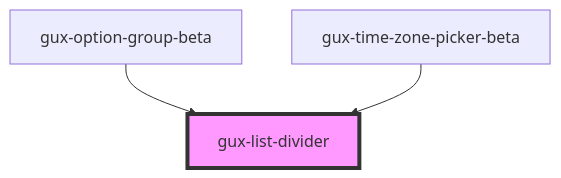
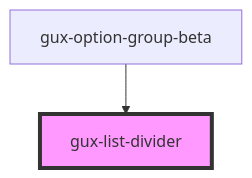
The diagram in packages/genesys-spark-components/src/components/stable/gux-list/gux-list-divider/readme.md (MyPureCloud/genesys-spark), drawn with Mermaid before and after one commit. The commit also changed other lines of this file and 7 other files, not shown here.

First line of the commit message:
feat(time-zone-picker): allow custom defaults

````diff
--- a/packages/genesys-spark-components/src/components/stable/gux-list/gux-list-divider/readme.md
+++ b/packages/genesys-spark-components/src/components/stable/gux-list/gux-list-divider/readme.md
@@ -16,6 +15,5 @@
 ```mermaid
 graph TD;
   gux-option-group-beta --> gux-list-divider
-  gux-time-zone-picker-beta --> gux-list-divider
   style gux-list-divider fill:#f9f,stroke:#333,stroke-width:4px
 ```
````
